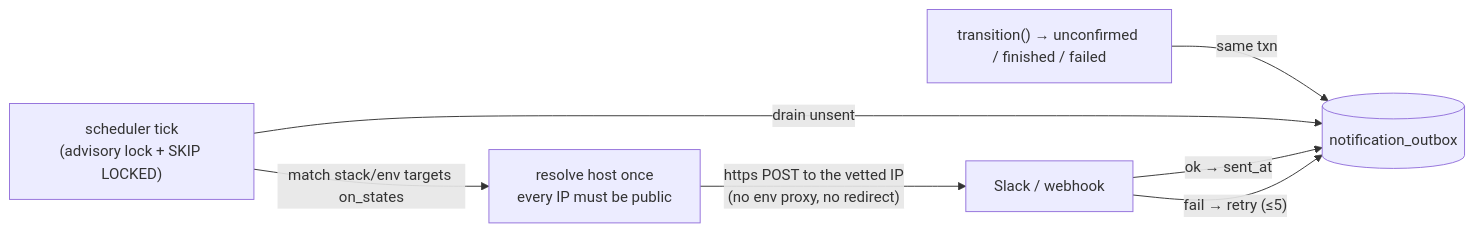
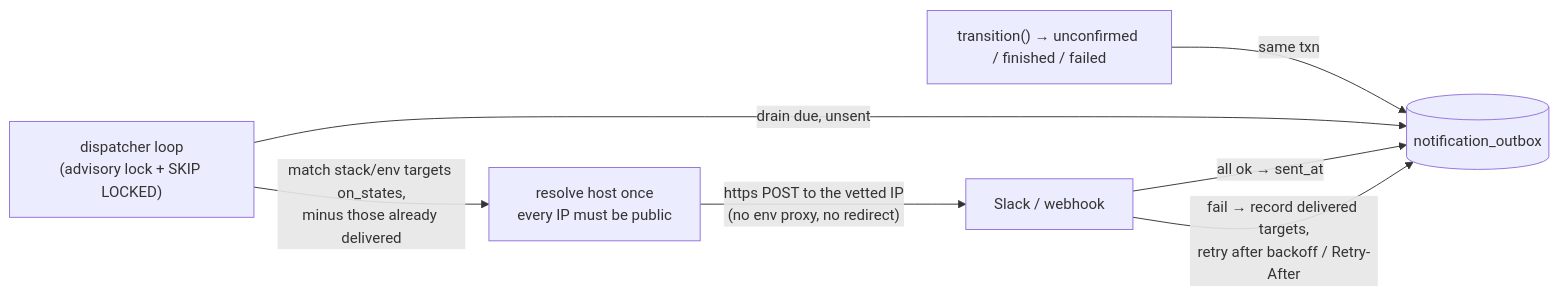
Before and after one commit to fmiquel90/stackd: the fifth of 6 diagrams in docs/ARCHITECTURE.md, drawn with Mermaid. The commit also changed other lines of this file and 22 other files, not shown here.

````diff
--- a/docs/ARCHITECTURE.md
+++ b/docs/ARCHITECTURE.md
@@ -212,9 +216,9 @@
 ```mermaid
 flowchart LR
     T["transition() → unconfirmed / finished / failed"] -->|"same txn"| OB[("notification_outbox")]
-    SCH["scheduler tick<br/>(advisory lock + SKIP LOCKED)"] -->|"drain unsent"| OB
-    SCH -->|"match stack/env targets on_states"| DNS["resolve host once<br/>every IP must be public"]
+    SCH["dispatcher loop<br/>(advisory lock + SKIP LOCKED)"] -->|"drain due, unsent"| OB
+    SCH -->|"match stack/env targets on_states,<br/>minus those already delivered"| DNS["resolve host once<br/>every IP must be public"]
     DNS -->|"https POST to the vetted IP<br/>(no env proxy, no redirect)"| POST["Slack / webhook"]
-    POST -->|"ok → sent_at"| OB
-    POST -->|"fail → retry (≤5)"| OB
+    POST -->|"all ok → sent_at"| OB
+    POST -->|"fail → record delivered targets,<br/>retry after backoff / Retry-After"| OB
 ```
````
